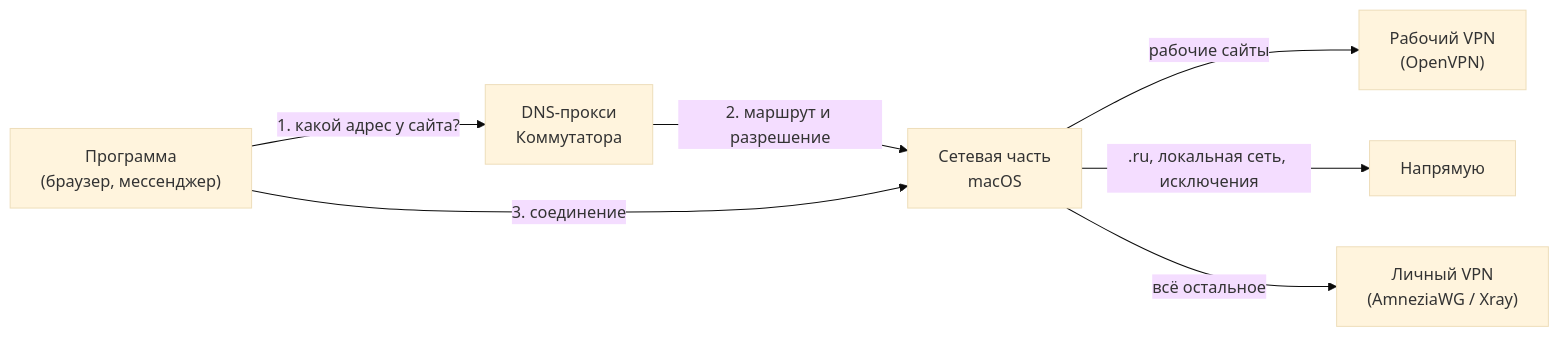
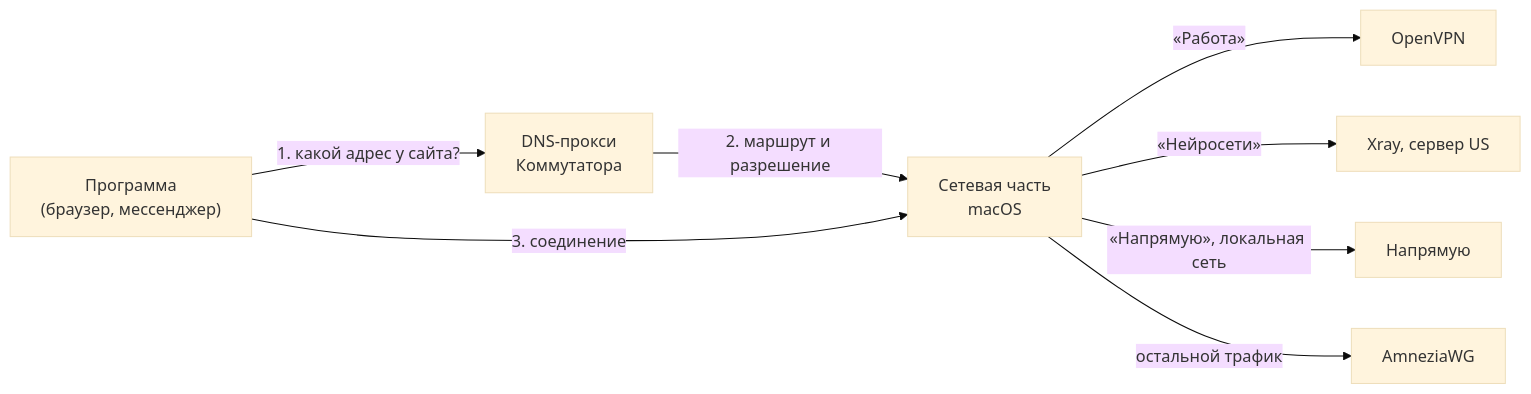
Before and after one commit to and-sheera/commutator: the diagram in README.md, drawn with Mermaid (base theme). The commit also changed other lines of this file and 33 other files, not shown here.

````diff
--- a/README.md
+++ b/README.md
@@ -65,9 +81,10 @@
 ```mermaid
 flowchart LR
     A["Программа<br/>(браузер, мессенджер)"] -- "1. какой адрес у сайта?" --> D["DNS-прокси<br/>Коммутатора"]
     D -- "2. маршрут и разрешение" --> K["Сетевая часть<br/>macOS"]
     A -- "3. соединение" --> K
-    K -- "рабочие сайты" --> O["Рабочий VPN<br/>(OpenVPN)"]
-    K -- ".ru, локальная сеть, исключения" --> N["Напрямую"]
-    K -- "всё остальное" --> P["Личный VPN<br/>(AmneziaWG / Xray)"]
+    K -- "«Работа»" --> O["OpenVPN"]
+    K -- "«Нейросети»" --> X["Xray, сервер US"]
+    K -- "«Напрямую», локальная сеть" --> N["Напрямую"]
+    K -- "остальной трафик" --> P["AmneziaWG"]
 ```
````
